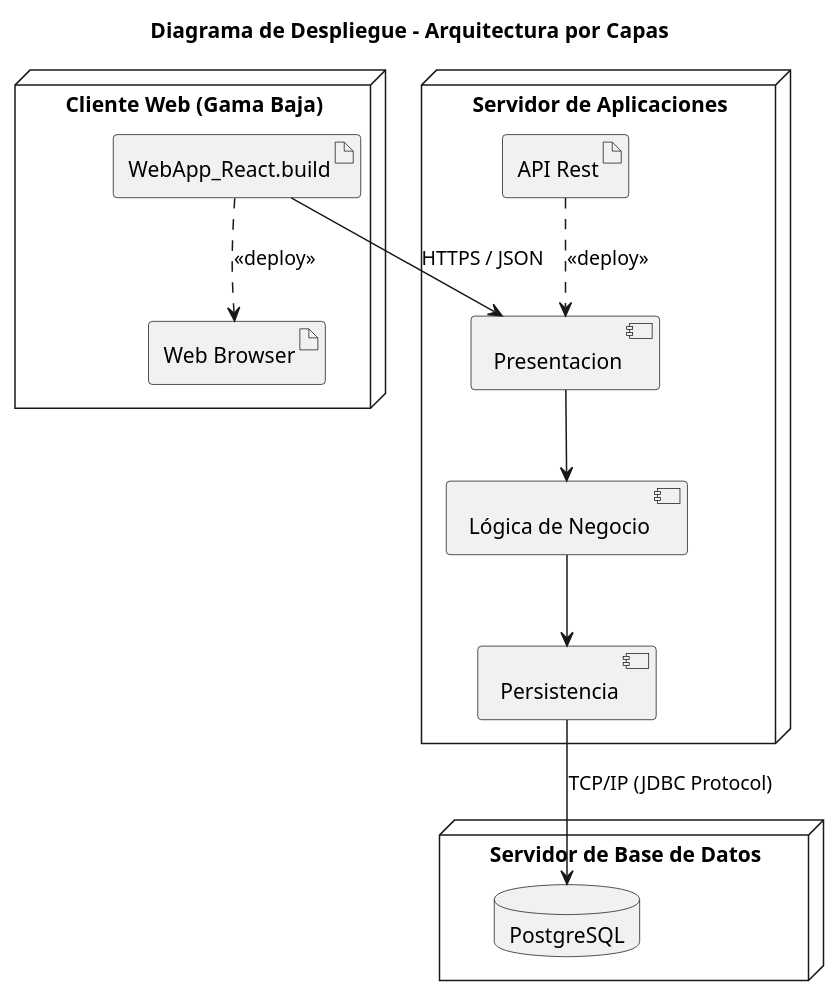
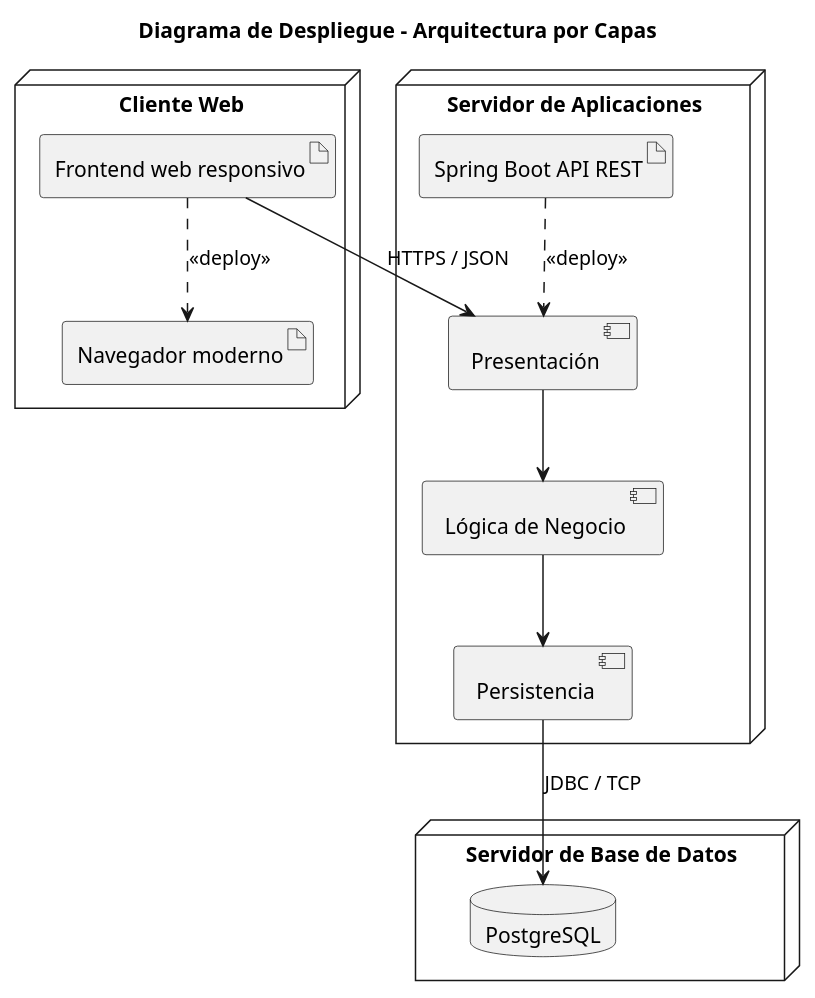
Before and after one commit to Moshii-Xz/arquitectura-de-software: the diagram in 03-Diagramas/05-diagrama-despliegue.puml, drawn with PlantUML. The commit also changed 9 other files, not shown here.

First line of the commit message:
Refactor use case diagrams and update architectural documentation

```diff
--- a/03-Diagramas/05-diagrama-despliegue.puml
+++ b/03-Diagramas/05-diagrama-despliegue.puml
@@ -1,33 +1,33 @@
-@startuml
+@startuml diagrama de desplgieue
 title Diagrama de Despliegue - Arquitectura por Capas
 
-node "Cliente Web (Gama Baja)" {
-  artifact "Web Browser" as browser
-  artifact "WebApp_React.build" as webapp
+node "Cliente Web" {
+  artifact "Navegador moderno" as browser
+  artifact "Frontend web responsivo" as webapp
 }
 
 node "Servidor de Aplicaciones" {
-  artifact "API Rest" as api
-  [Presentacion] as presentacion
+  artifact "Spring Boot API REST" as api
+  [Presentación] as presentacion
   [Lógica de Negocio] as negocio
   [Persistencia] as persistencia
 }
 
 node "Servidor de Base de Datos" {
   database "PostgreSQL" as postgres
 }
 
 
+
 ' Conexiones
 webapp --> presentacion : HTTPS / JSON
-
 presentacion --> negocio
 negocio --> persistencia
-persistencia --> postgres : TCP/IP (JDBC Protocol)
+persistencia --> postgres : JDBC / TCP
 
 
 ' Despliegue
 webapp ..> browser : <<deploy>>
 api ..> presentacion : <<deploy>>
 
 @enduml
```
